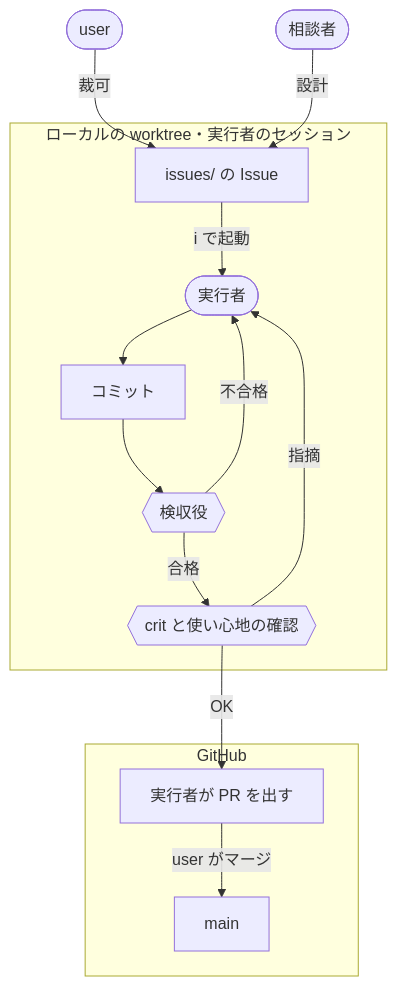
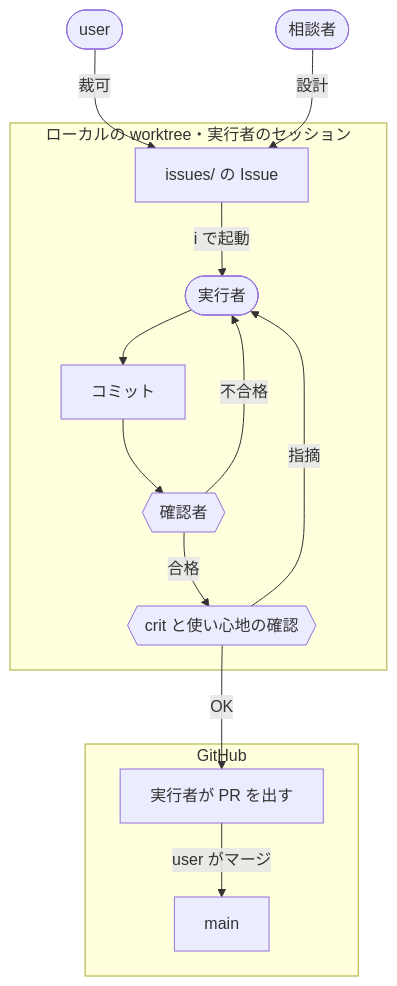
The diagram in README.md (yktsnet/dotfiles-public), drawn with Mermaid before and after one commit. The commit also changed other lines of this file and 9 other files, not shown here.

````diff
--- a/README.md
+++ b/README.md
@@ -61,17 +61,17 @@
 ```mermaid
 flowchart TD
     U([user]) -->|裁可| I[issues/ の Issue]
     C([相談者]) -->|設計| I
     subgraph local [ローカルの worktree・実行者のセッション]
         I -->|i で起動| E([実行者])
         E --> L[コミット]
-        L --> J{{検収役}}
+        L --> J{{確認者}}
         J -->|不合格| E
         J -->|合格| V{{crit と使い心地の確認}}
         V -->|指摘| E
     end
     V -->|OK| P
     subgraph remote [GitHub]
         P[実行者が PR を出す] -->|user がマージ| M[main]
     end
 ```
````
